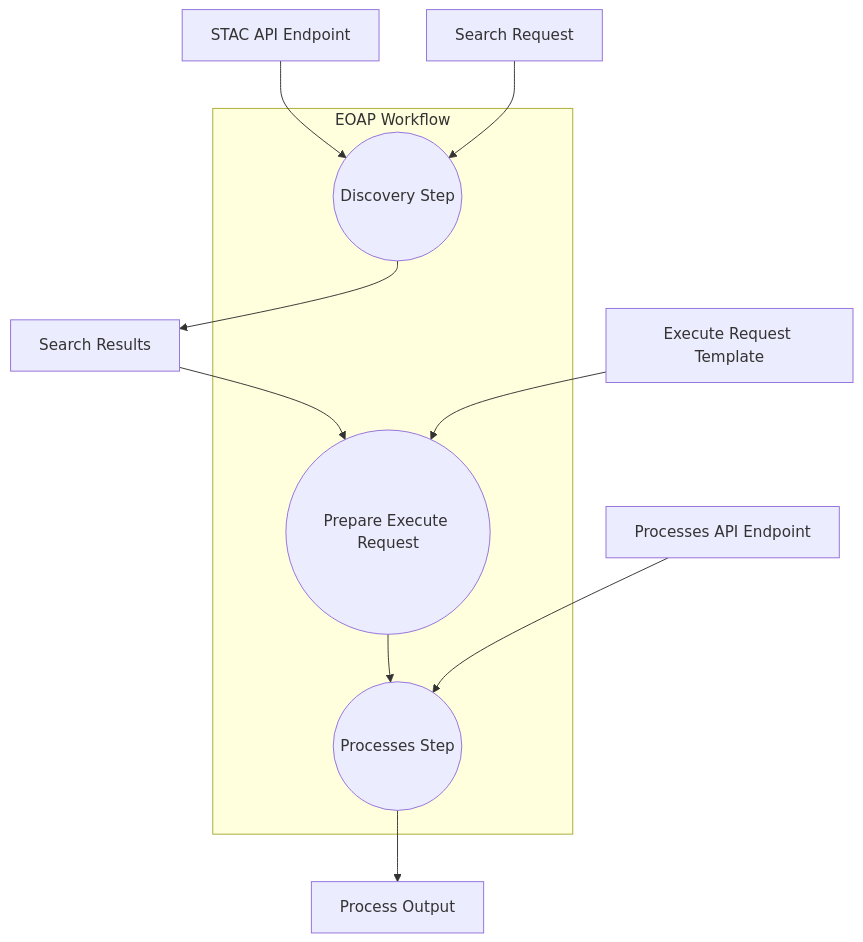
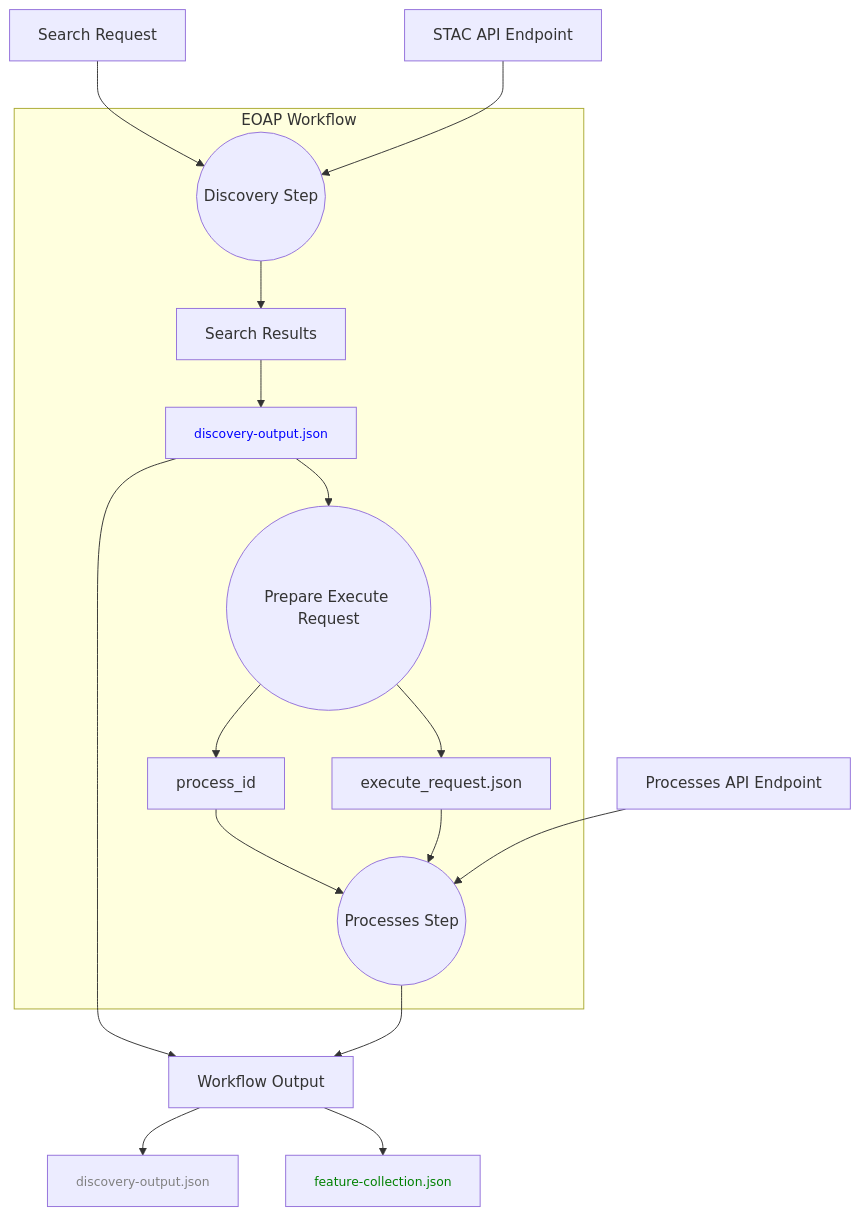
One commit to parham-membari-terradue/ogc-api-processes-with-zoo changed the diagram in docs/cwl-workflow/eoap-api.md. Above: the diagram before and after it, drawn with Mermaid. The commit also changed other lines of this file and 2 other files, not shown here.

Commit message:
docs: edit workflow diagram
ESAEOEPCA-316

````diff
--- a/docs/cwl-workflow/eoap-api.md
+++ b/docs/cwl-workflow/eoap-api.md
@@ -16,20 +16,29 @@
 ```mermaid
 graph TB
   A[STAC API Endpoint] --> B(("Discovery Step"))
   P[Search Request] --> B
-  B --> C[Search Results]
+  B --> C1[Search Results]
+  C1 --> C2["<font size=2% color='blue'>discovery-output.json</font>"]
 
-  C --> D(("Prepare Execute Request"))
-  Q[Execute Request Template] --> D
-
-  D --> E(("Processes Step"))
+  C2 --> D(("Prepare Execute Request"))
+  D --> D2[execute_request.json]
+  D --> D3[process_id]
+  D2 --> E(("Processes Step"))
+  D3 --> E
   R[Processes API Endpoint] --> E
 
-  E --> F[Process Output]
-
+  E --> F[Workflow Output]
+  C2 -->F
+  F --> I["<font size=2% color='green'>feature-collection.json</font>"] 
+  F --> G["<font size=2% color='gray'>discovery-output.json</font>"]
+   
   subgraph EOAP Workflow
     B
+    C1
+    C2
     D
+    D2
+    D3
     E
   end
 ```
````
